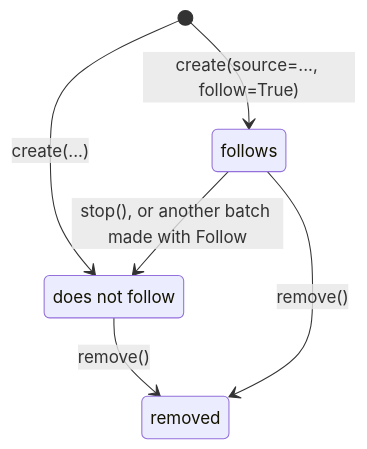
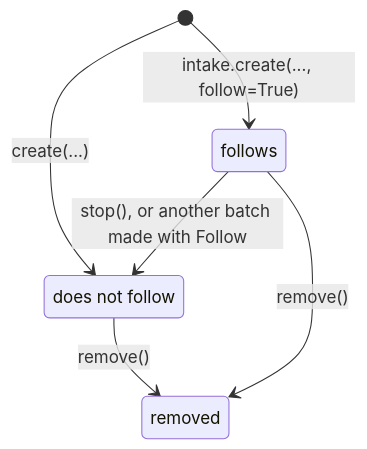
One commit to scipp/essapps changed the fourth of 5 diagrams in packages/essapps/docs/batch.md. Above: the diagram before and after it, drawn with Mermaid. The commit also changed other lines of this file and 6 other files, not shown here.

First line of the commit message:
Batch guides: the manager knows no row source; Intake brings rows in

````diff
--- a/packages/essapps/docs/batch.md
+++ b/packages/essapps/docs/batch.md
@@ -522,10 +542,10 @@
 ```mermaid
 stateDiagram-v2
     follows: follows
     still: does not follow
     [*] --> still: create(...)
-    [*] --> follows: create(source=..., follow=True)
+    [*] --> follows: intake.create(..., follow=True)
     follows --> still: stop(), or another batch made with Follow
     still --> removed: remove()
     follows --> removed: remove()
 ```
````
